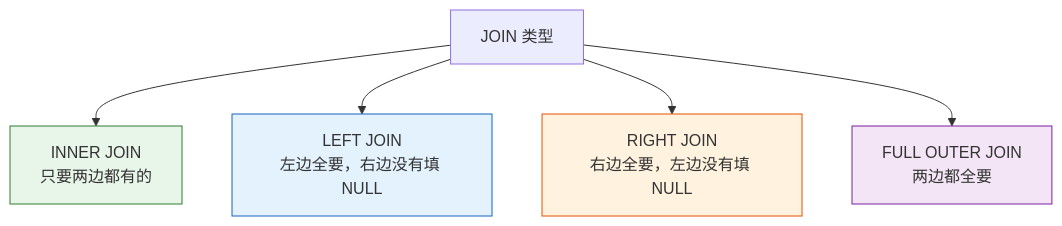
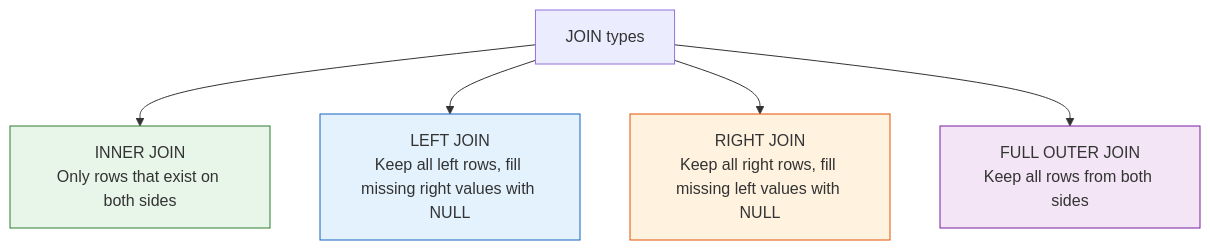
The fourth of 4 diagrams in docs/ch03-data-analysis/ch05-database/02-sql-basics.md (oudbiao/AI-fullstack-course), drawn with Mermaid before and after one commit. The commit also changed other lines of this file and 1406 other files, not shown here.

````diff
--- a/docs/ch03-data-analysis/ch05-database/02-sql-basics.md
+++ b/docs/ch03-data-analysis/ch05-database/02-sql-basics.md
@@ -430,12 +428,12 @@
 ```mermaid
 flowchart TD
-    A["JOIN 类型"] --> B["INNER JOIN<br/>只要两边都有的"]
-    A --> C["LEFT JOIN<br/>左边全要，右边没有填 NULL"]
-    A --> D["RIGHT JOIN<br/>右边全要，左边没有填 NULL"]
-    A --> E["FULL OUTER JOIN<br/>两边都全要"]
+    A["JOIN types"] --> B["INNER JOIN<br/>Only rows that exist on both sides"]
+    A --> C["LEFT JOIN<br/>Keep all left rows, fill missing right values with NULL"]
+    A --> D["RIGHT JOIN<br/>Keep all right rows, fill missing left values with NULL"]
+    A --> E["FULL OUTER JOIN<br/>Keep all rows from both sides"]
 
     style B fill:#e8f5e9,stroke:#2e7d32,color:#333
     style C fill:#e3f2fd,stroke:#1565c0,color:#333
     style D fill:#fff3e0,stroke:#e65100,color:#333
     style E fill:#f3e5f5,stroke:#7b1fa2,color:#333
 ```
````
